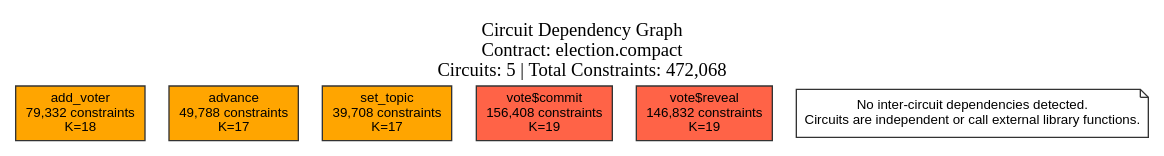
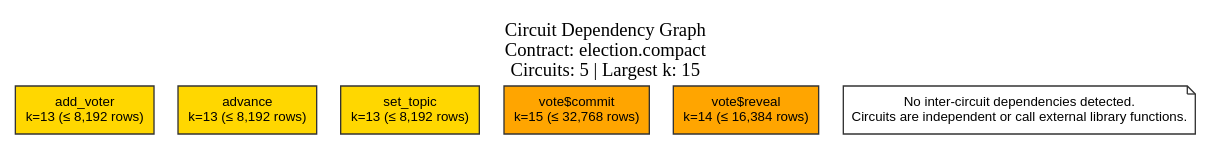
Before and after one commit to verifiably-human/compact: the diagram in tools/security-analyzer/ElectionFullReport/visualizations/dependency-graph.dot, drawn with Graphviz. The commit also changed 30 other files, not shown here.

```diff
--- a/tools/security-analyzer/ElectionFullReport/visualizations/dependency-graph.dot
+++ b/tools/security-analyzer/ElectionFullReport/visualizations/dependency-graph.dot
@@ -1,21 +1,21 @@
 digraph CircuitDependencies {
   rankdir=TB;
   bgcolor="#FFFFFF";
   fontcolor="#000000";
   node [shape=box, style=filled, fontname="Arial", fontsize=10, fontcolor="#000000"];
   edge [fontname="Arial", fontsize=8, fontcolor="#000000"];
 
-  label="Circuit Dependency Graph\nContract: election.compact\nCircuits: 5 | Total Constraints: 472,068";
+  label="Circuit Dependency Graph\nContract: election.compact\nCircuits: 5 | Largest k: 15";
   labelloc="t";
   fontsize=14;
 
-  "add_voter" [label="add_voter\n79,332 constraints\nK=18", fillcolor="#FFA500", color="#333333"];
-  "advance" [label="advance\n49,788 constraints\nK=17", fillcolor="#FFA500", color="#333333"];
-  "set_topic" [label="set_topic\n39,708 constraints\nK=17", fillcolor="#FFA500", color="#333333"];
-  "vote$commit" [label="vote$commit\n156,408 constraints\nK=19", fillcolor="#FF6347", color="#333333"];
-  "vote$reveal" [label="vote$reveal\n146,832 constraints\nK=19", fillcolor="#FF6347", color="#333333"];
+  "add_voter" [label="add_voter\nk=13 (≤ 8,192 rows)", fillcolor="#FFD700", color="#333333"];
+  "advance" [label="advance\nk=13 (≤ 8,192 rows)", fillcolor="#FFD700", color="#333333"];
+  "set_topic" [label="set_topic\nk=13 (≤ 8,192 rows)", fillcolor="#FFD700", color="#333333"];
+  "vote$commit" [label="vote$commit\nk=15 (≤ 32,768 rows)", fillcolor="#FFA500", color="#333333"];
+  "vote$reveal" [label="vote$reveal\nk=14 (≤ 16,384 rows)", fillcolor="#FFA500", color="#333333"];
 
 
   note [shape=note, fillcolor="#FFFFFF", color="#333333", fontcolor="#000000",
         label="No inter-circuit dependencies detected.\nCircuits are independent or call external library functions."];
 }
```
